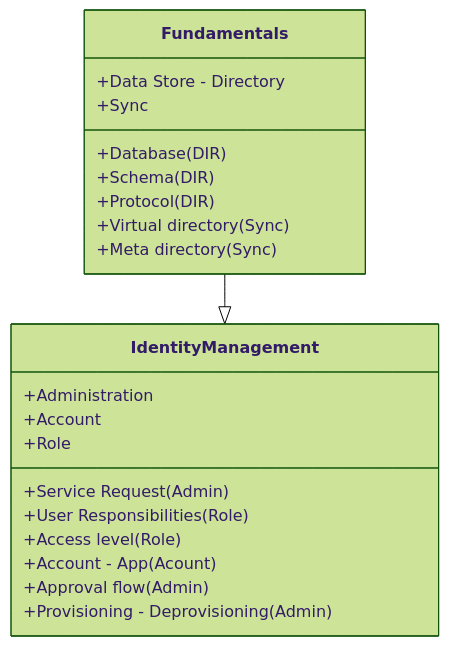
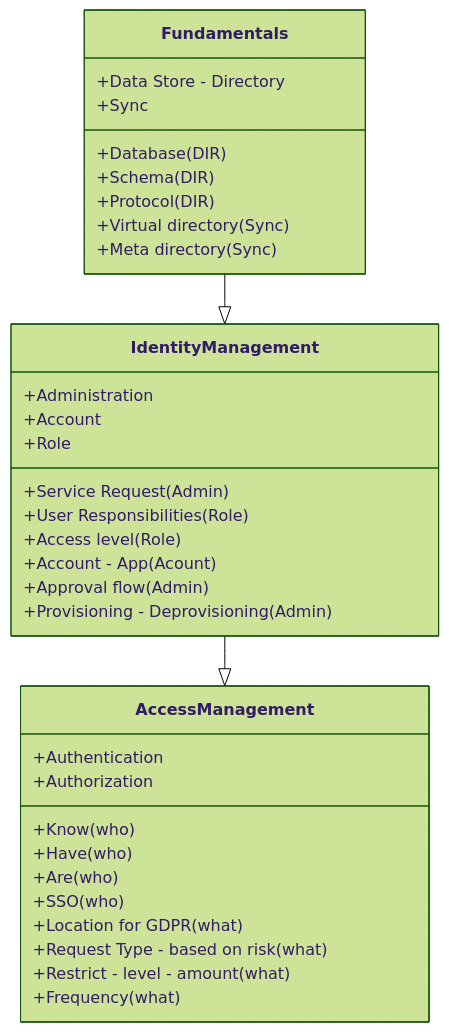
The diagram in IAM101.md (ilyesedina/Project-handbook), drawn with Mermaid (forest theme) before and after one commit.

````diff
--- a/IAM101.md
+++ b/IAM101.md
@@ -7,23 +7,36 @@
 ```mermaid
 classDiagram
     class Fundamentals
     Fundamentals : +Data Store - Directory
     Fundamentals : +Database(DIR)
     Fundamentals : +Schema(DIR)
     Fundamentals : +Protocol(DIR)
     Fundamentals : +Sync
     Fundamentals : +Virtual directory (Sync)
     Fundamentals : +Meta directory (Sync)
     Fundamentals --|> IdentityManagement
 
     class IdentityManagement
     IdentityManagement : +Administration 
     IdentityManagement : +Account 
     IdentityManagement : +Role
     IdentityManagement : +Service Request (Admin)
     IdentityManagement : +User Responsibilities (Role)
     IdentityManagement : +Access level (Role)
     IdentityManagement : +Account - App (Acount)
     IdentityManagement : +Approval flow (Admin)
     IdentityManagement : +Provisioning - Deprovisioning (Admin)
+    IdentityManagement --|> AccessManagement
+
+    Class AccessManagement
+    AccessManagement : +Authentication 
+    AccessManagement : +Authorization 
+    AccessManagement : +Know (who)
+    AccessManagement : +Have (who)
+    AccessManagement : +Are (who)
+    AccessManagement : +SSO (who)
+    AccessManagement : +Location for GDPR (what)
+    AccessManagement : +Request Type - based on risk (what)
+    AccessManagement : +Restrict - level - amount (what)
+    AccessManagement : +Frequency (what)
 ```
````
